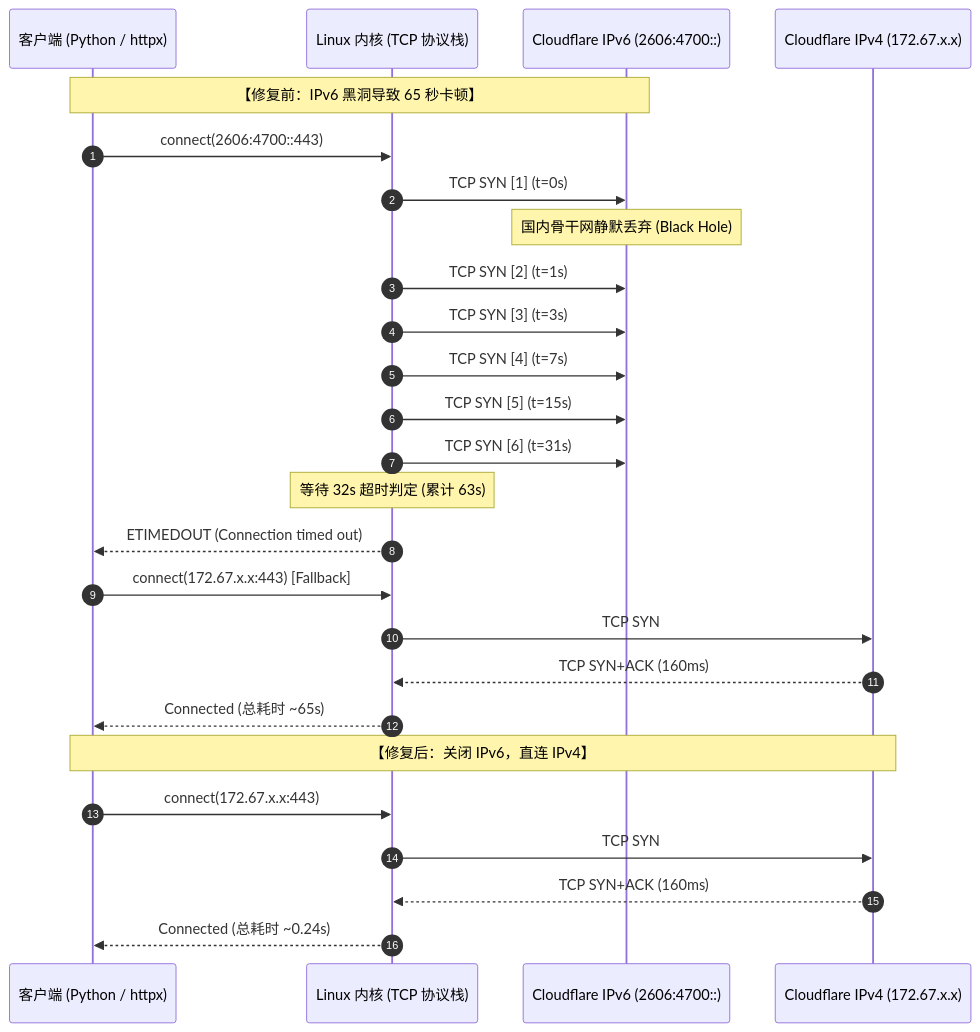
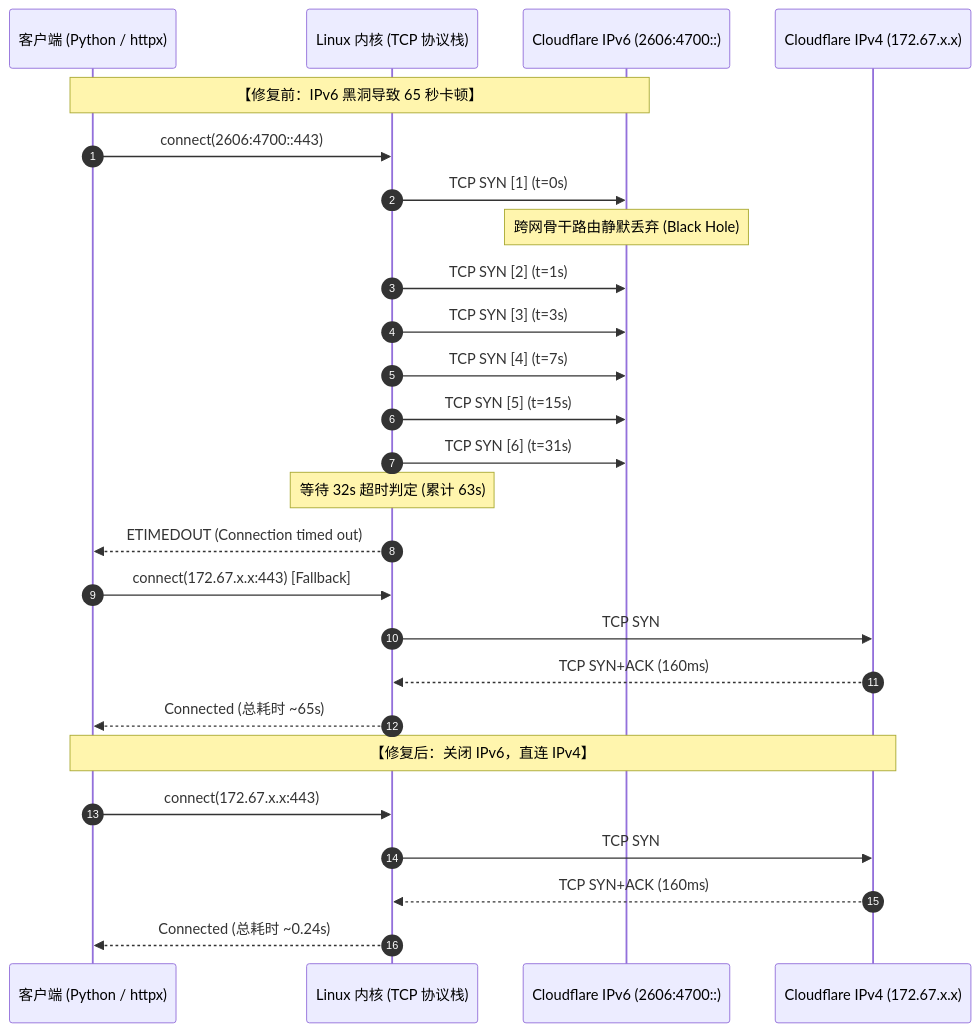
The diagram in edge-ai-node-65s-timeout-cloudflare-ipv6-happy-eyeballs.md (nvd11/my-blogs), drawn with Mermaid before and after one commit. The commit also changed other lines of this file, not shown here.

````diff
--- a/edge-ai-node-65s-timeout-cloudflare-ipv6-happy-eyeballs.md
+++ b/edge-ai-node-65s-timeout-cloudflare-ipv6-happy-eyeballs.md
@@ -196,30 +196,30 @@
 ```mermaid
 sequenceDiagram
     autonumber
     participant App as 客户端 (Python / httpx)
     participant Kernel as Linux 内核 (TCP 协议栈)
     participant CF_v6 as Cloudflare IPv6 (2606:4700::)
     participant CF_v4 as Cloudflare IPv4 (172.67.x.x)
 
     Note over App,CF_v6: 【修复前：IPv6 黑洞导致 65 秒卡顿】
     App->>Kernel: connect(2606:4700::443)
     Kernel->>CF_v6: TCP SYN [1] (t=0s)
-    Note over CF_v6: 国内骨干网静默丢弃 (Black Hole)
+    Note over CF_v6: 跨网骨干路由静默丢弃 (Black Hole)
     Kernel->>CF_v6: TCP SYN [2] (t=1s)
     Kernel->>CF_v6: TCP SYN [3] (t=3s)
     Kernel->>CF_v6: TCP SYN [4] (t=7s)
     Kernel->>CF_v6: TCP SYN [5] (t=15s)
     Kernel->>CF_v6: TCP SYN [6] (t=31s)
     Note over Kernel: 等待 32s 超时判定 (累计 63s)
     Kernel-->>App: ETIMEDOUT (Connection timed out)
     App->>Kernel: connect(172.67.x.x:443) [Fallback]
     Kernel->>CF_v4: TCP SYN
     CF_v4-->>Kernel: TCP SYN+ACK (160ms)
     Kernel-->>App: Connected (总耗时 ~65s)
 
     Note over App,CF_v4: 【修复后：关闭 IPv6，直连 IPv4】
     App->>Kernel: connect(172.67.x.x:443)
     Kernel->>CF_v4: TCP SYN
     CF_v4-->>Kernel: TCP SYN+ACK (160ms)
     Kernel-->>App: Connected (总耗时 ~0.24s)
 ```
````
